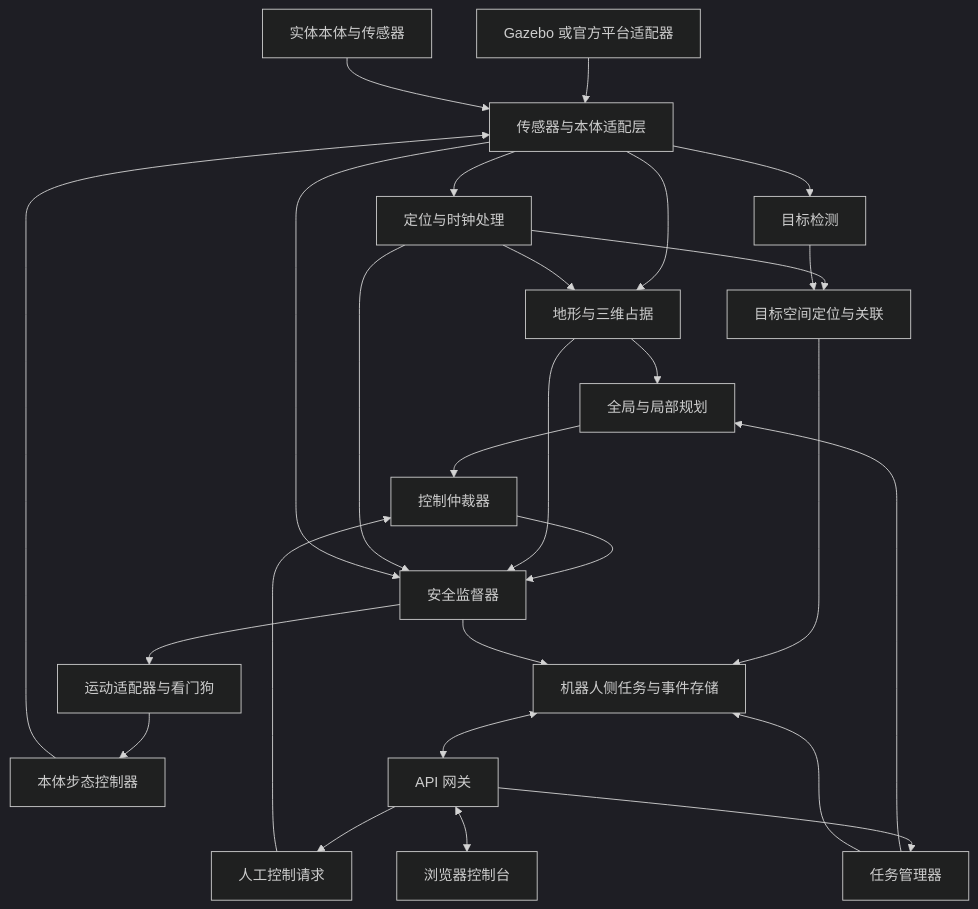
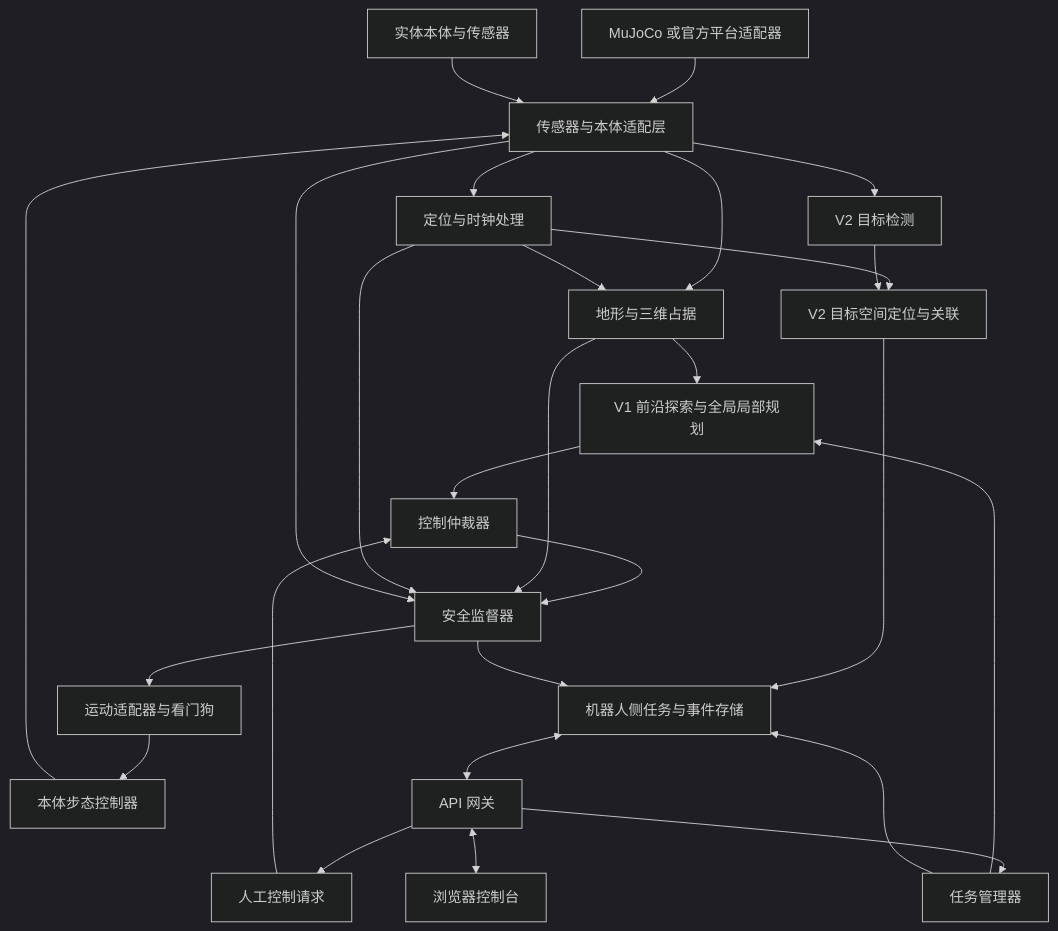
One commit to Li-Hua-XD/AIP changed the first of 2 diagrams in docs/design/废墟智援_技术设计文档_v0.1.md. Above: the diagram before and after it, drawn with Mermaid (dark theme). The commit also changed other lines of this file and 30 other files, not shown here.

````diff
--- a/docs/design/废墟智援_技术设计文档_v0.1.md
+++ b/docs/design/废墟智援_技术设计文档_v0.1.md
@@ -65,29 +67,29 @@
 ```mermaid
 flowchart TB
-    SIM[Gazebo 或官方平台适配器] --> IO[传感器与本体适配层]
+    SIM[MuJoCo 或官方平台适配器] --> IO[传感器与本体适配层]
     REAL[实体本体与传感器] --> IO
     IO --> EST[定位与时钟处理]
     IO --> TERR[地形与三维占据]
-    IO --> DET[目标检测]
+    IO --> DET[V2 目标检测]
     EST --> TERR
-    EST --> GEO[目标空间定位与关联]
+    EST --> GEO[V2 目标空间定位与关联]
     DET --> GEO
-    TERR --> PLAN[全局与局部规划]
+    TERR --> PLAN[V1 前沿探索与全局局部规划]
     MISSION[任务管理器] --> PLAN
     PLAN --> ARB[控制仲裁器]
     MANUAL[人工控制请求] --> ARB
     ARB --> SAFE[安全监督器]
     TERR --> SAFE
     EST --> SAFE
     IO --> SAFE
     SAFE --> ADAPTER[运动适配器与看门狗]
     ADAPTER --> GAIT[本体步态控制器]
     GAIT --> IO
     GEO --> STORE[机器人侧任务与事件存储]
     MISSION --> STORE
     SAFE --> STORE
     STORE <--> GW[API 网关]
     GW <--> UI[浏览器控制台]
     GW --> MANUAL
     GW --> MISSION
 ```
````
